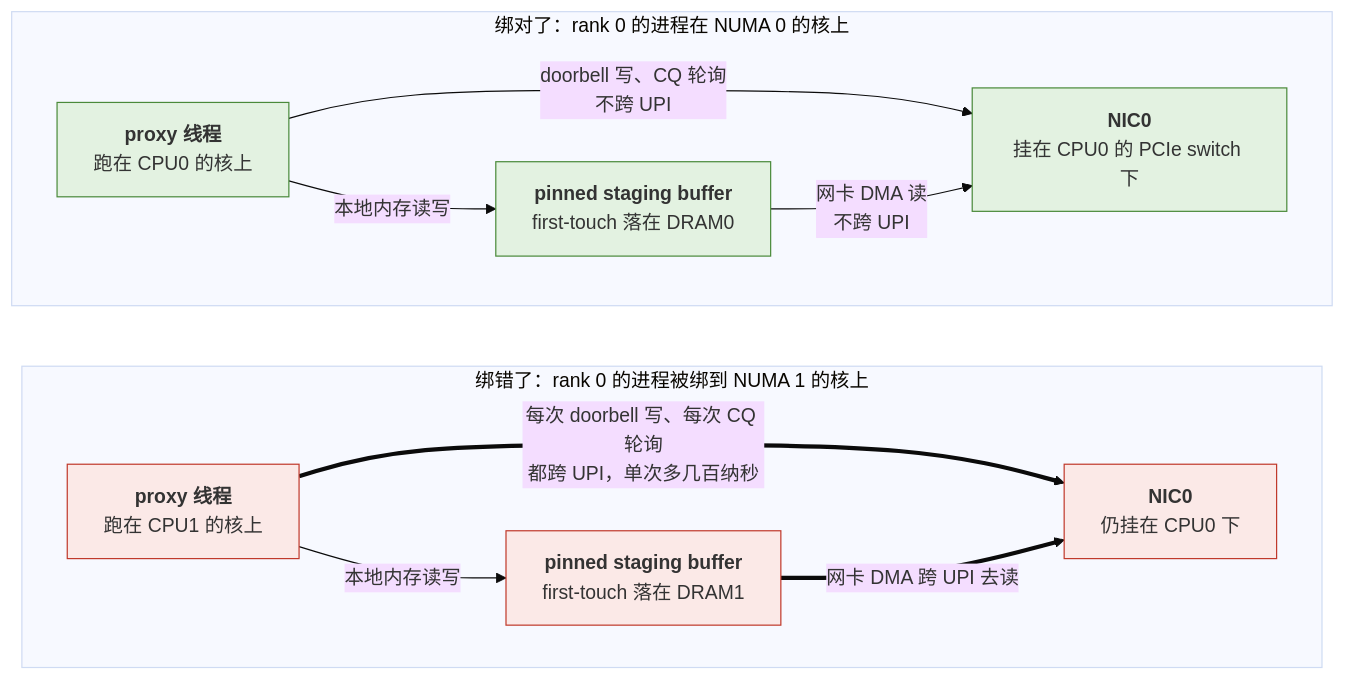
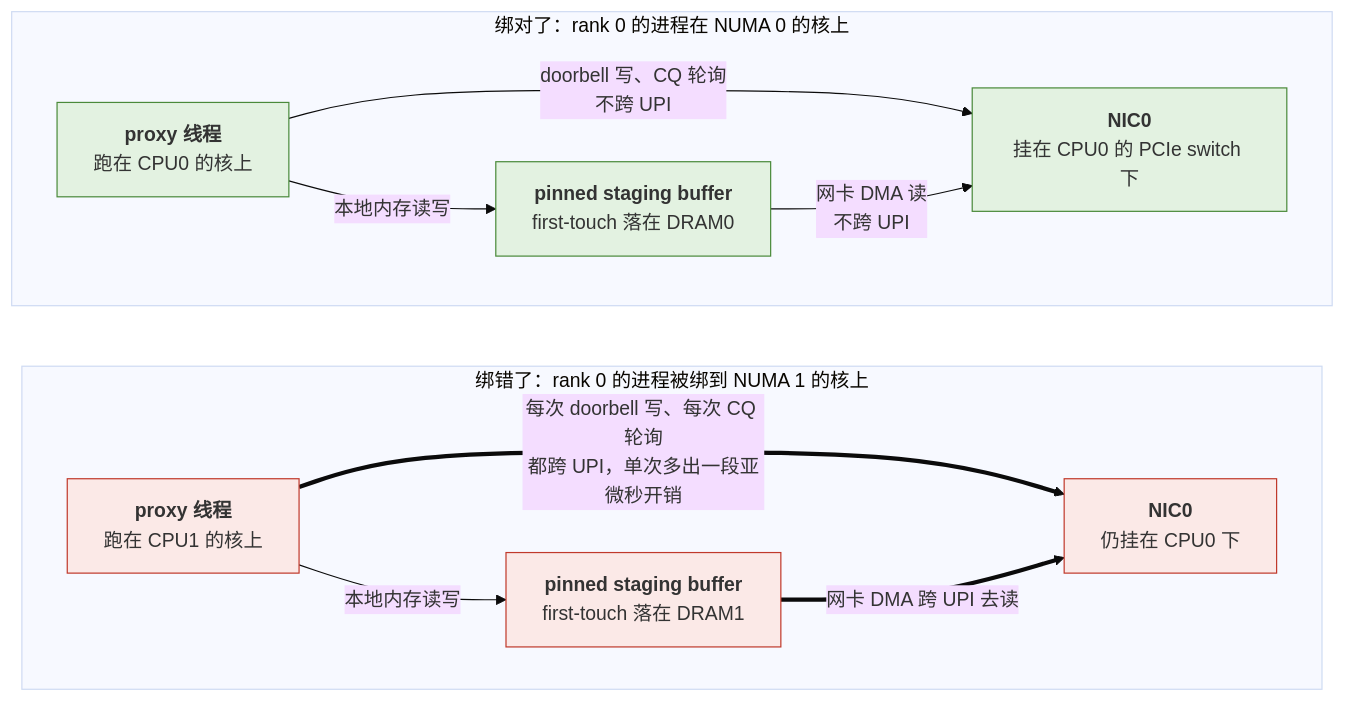
Before and after one commit to arganzheng/arganzheng.github.com: the third of 5 diagrams in _posts/2026-06-06-hardware-interconnect-pcie-nvlink-and-topology.md, drawn with Mermaid (base theme). The commit also changed other lines of this file, not shown here.

````diff
--- a/_posts/2026-06-06-hardware-interconnect-pcie-nvlink-and-topology.md
+++ b/_posts/2026-06-06-hardware-interconnect-pcie-nvlink-and-topology.md
@@ -610,27 +610,27 @@
 ```mermaid
 %% 图：绑核绑对与绑错，决定 proxy 线程的 doorbell 写、CQ 轮询与 staging buffer 要不要跨 UPI
 flowchart TB
   subgraph good["绑对了：rank 0 的进程在 NUMA 0 的核上"]
     direction LR
     GT["<b>proxy 线程</b><br/>跑在 CPU0 的核上"]
     GB["<b>pinned staging buffer</b><br/>first-touch 落在 DRAM0"]
     GN["<b>NIC0</b><br/>挂在 CPU0 的 PCIe switch 下"]
     GT -- "doorbell 写、CQ 轮询<br/>不跨 UPI" --> GN
     GT -- "本地内存读写" --> GB
     GB -- "网卡 DMA 读<br/>不跨 UPI" --> GN
   end
   subgraph bad["绑错了：rank 0 的进程被绑到 NUMA 1 的核上"]
     direction LR
     BT["<b>proxy 线程</b><br/>跑在 CPU1 的核上"]
     BB["<b>pinned staging buffer</b><br/>first-touch 落在 DRAM1"]
     BN["<b>NIC0</b><br/>仍挂在 CPU0 下"]
-    BT == "每次 doorbell 写、每次 CQ 轮询<br/>都跨 UPI，单次多几百纳秒" ==> BN
+    BT == "每次 doorbell 写、每次 CQ 轮询<br/>都跨 UPI，单次多出一段亚微秒开销" ==> BN
     BT -- "本地内存读写" --> BB
     BB == "网卡 DMA 跨 UPI 去读" ==> BN
   end
   good ~~~ bad
   classDef okc fill:#e3f2e1,stroke:#4a8a3a;
   classDef badc fill:#fbe9e7,stroke:#c0392b;
   class GT,GB,GN okc;
   class BT,BB,BN badc;
 ```
````
